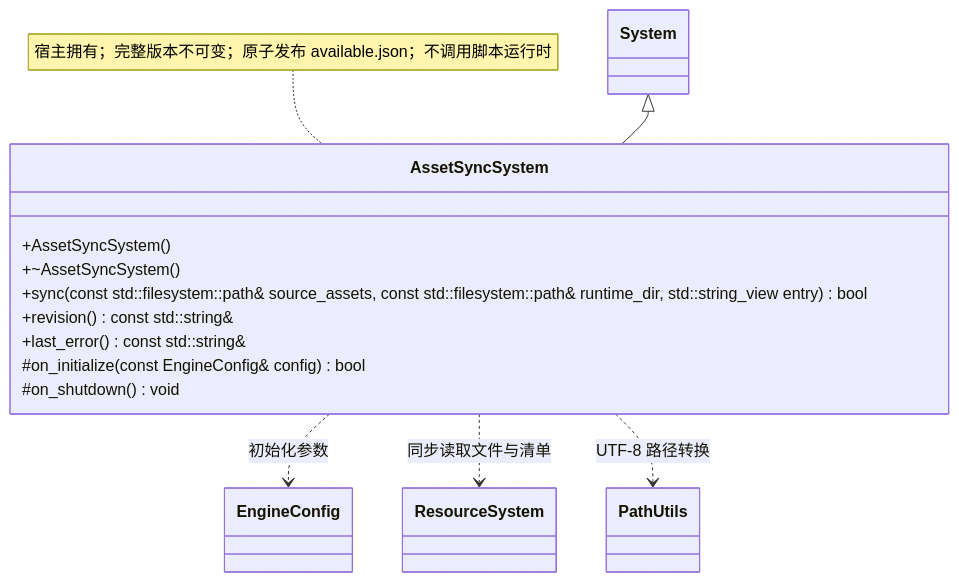
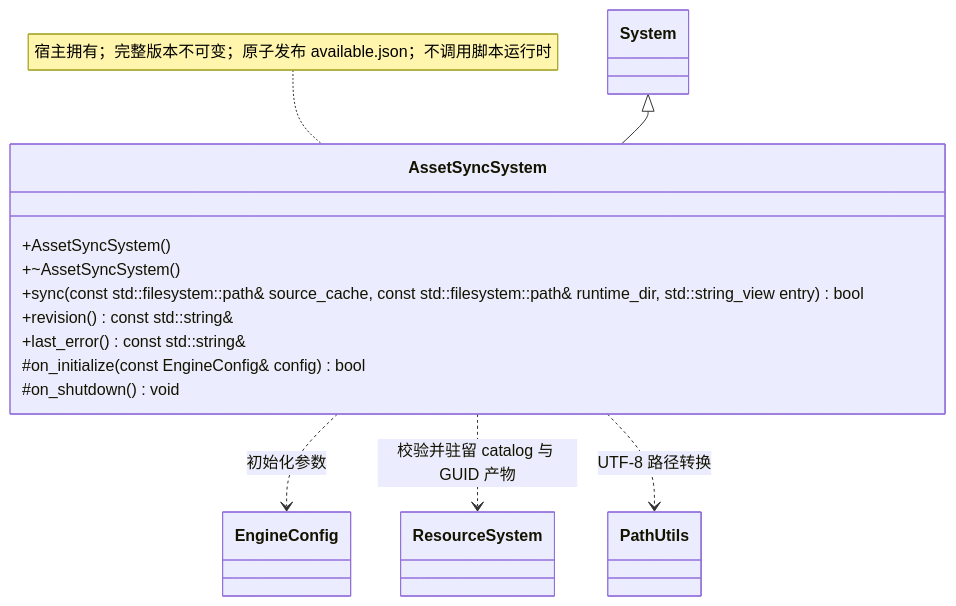
The diagram in docs/editor/class-diagrams/asset-sync-system.md (lcals/Engine), drawn with Mermaid before and after one commit. The commit also changed other lines of this file and 114 other files, not shown here.

Commit message:
feat: add GUID asset pipeline and full resource synchronization

````diff
--- a/docs/editor/class-diagrams/asset-sync-system.md
+++ b/docs/editor/class-diagrams/asset-sync-system.md
@@ -7,22 +7,22 @@
 ```mermaid
 classDiagram
     direction TB
     class AssetSyncSystem {
         +AssetSyncSystem()
         +~AssetSyncSystem()
-        +sync(const std::filesystem::path& source_assets, const std::filesystem::path& runtime_dir, std::string_view entry) bool
+        +sync(const std::filesystem::path& source_cache, const std::filesystem::path& runtime_dir, std::string_view entry) bool
         +revision() const std::string&
         +last_error() const std::string&
         #on_initialize(const EngineConfig& config) bool
         #on_shutdown() void
     }
     class System
     class EngineConfig
     class ResourceSystem
     System <|-- AssetSyncSystem
     AssetSyncSystem ..> EngineConfig : 初始化参数
-    AssetSyncSystem ..> ResourceSystem : 同步读取文件与清单
+    AssetSyncSystem ..> ResourceSystem : 校验并驻留 catalog 与 GUID 产物
     note for AssetSyncSystem "宿主拥有；完整版本不可变；原子发布 available.json；不调用脚本运行时"
     class PathUtils
     AssetSyncSystem ..> PathUtils : UTF-8 路径转换
 ```
````
